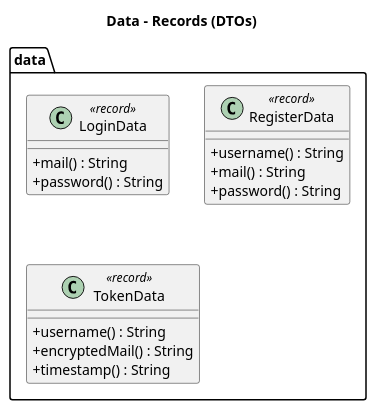
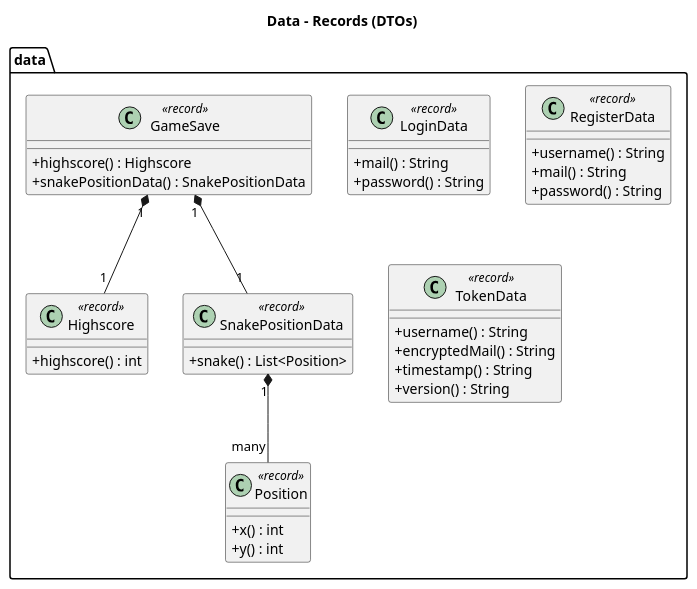
One commit to Princeps119/Princeps119-BFK_J3_Snake changed the diagram in backend/src/main/resources/documentation/plantUML/05_data.puml. Above: the diagram before and after it, drawn with PlantUML. The commit also changed 5 other files, not shown here.

Commit message:
Robin plantuml updated

```diff
--- a/backend/src/main/resources/documentation/plantUML/05_data.puml
+++ b/backend/src/main/resources/documentation/plantUML/05_data.puml
@@ -1,24 +1,47 @@
 @startuml
 title Data – Records (DTOs)
 
 skinparam classAttributeIconSize 0
 
 package "data" {
   class LoginData <<record>> {
     + mail() : String
     + password() : String
   }
 
   class RegisterData <<record>> {
     + username() : String
     + mail() : String
     + password() : String
   }
 
   class TokenData <<record>> {
     + username() : String
     + encryptedMail() : String
     + timestamp() : String
+    + version() : String
+  }
+
+  class GameSave <<record>> {
+    + highscore() : Highscore
+    + snakePositionData() : SnakePositionData
+  }
+
+  class Highscore <<record>> {
+    + highscore() : int
+  }
+
+  class Position <<record>> {
+    + x() : int
+    + y() : int
+  }
+
+  class SnakePositionData <<record>> {
+    + snake() : List<Position>
   }
 }
+
+GameSave "1" *-- "1" Highscore
+GameSave "1" *-- "1" SnakePositionData
+SnakePositionData "1" *-- "many" Position
 @enduml
```
